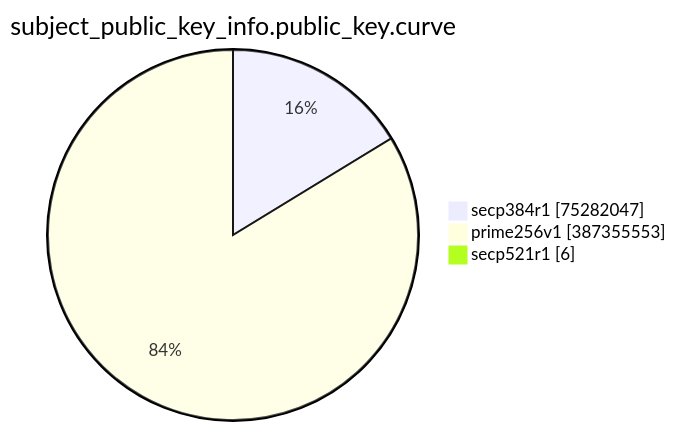
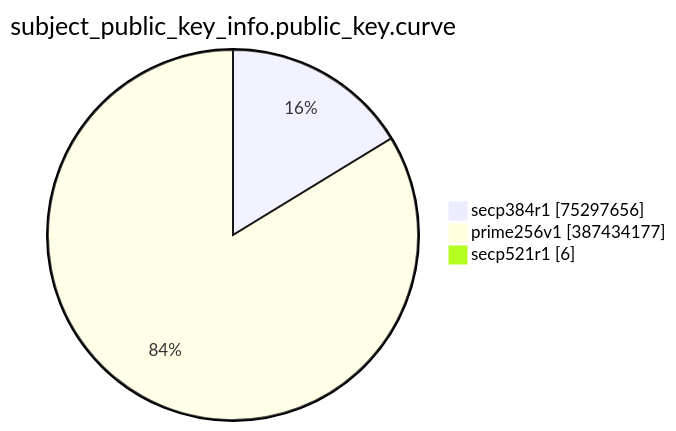
The eighth of 15 diagrams in TOTAL/README.md (christiankrug/ctmonitor_visualization), drawn with Mermaid before and after one commit. The commit also changed other lines of this file, not shown here.

````diff
--- a/TOTAL/README.md
+++ b/TOTAL/README.md
@@ -3094,7 +3094,7 @@
 ```mermaid
 pie showData
 title subject_public_key_info.public_key.curve
-"secp384r1" :75282047
-"prime256v1" :387355553
+"secp384r1" :75297656
+"prime256v1" :387434177
 "secp521r1" :6
 ```
````
